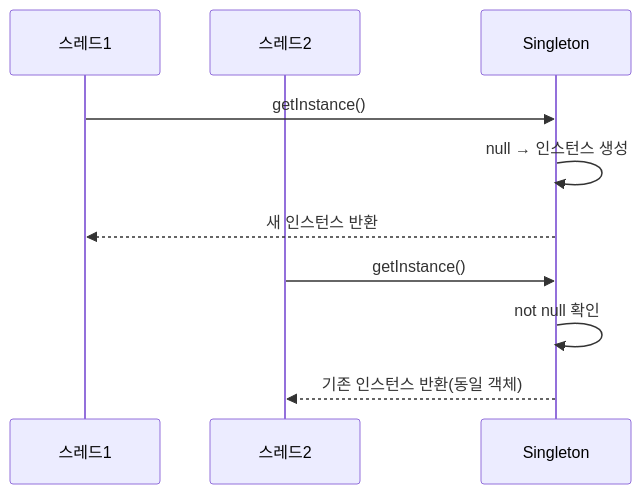
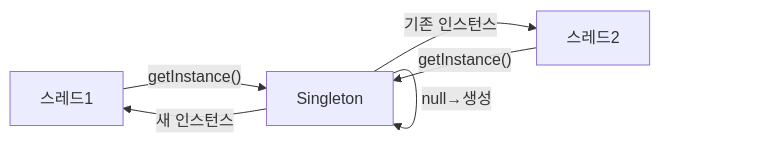
The second of 2 diagrams in _posts/designPattern/2021-11-15-Singleton.md (yjkim2015/yjkim2015.github.io), drawn with Mermaid before and after one commit. The commit also changed 50 other files, not shown here.

First line of the commit message:
stateDiagram 11개 graph LR 변환 + 테이블 빈 셀 17개 수정

````diff
--- a/_posts/designPattern/2021-11-15-Singleton.md
+++ b/_posts/designPattern/2021-11-15-Singleton.md
@@ -242,12 +242,8 @@
 ```mermaid
-sequenceDiagram
-    participant C1 as 스레드1
-    participant C2 as 스레드2
-    participant S as Singleton
-    C1->>S: getInstance()
-    S->>S: null → 인스턴스 생성
-    S-->>C1: 새 인스턴스 반환
-    C2->>S: getInstance()
-    S->>S: not null 확인
-    S-->>C2: 기존 인스턴스 반환(동일 객체)
+graph LR
+    C1["스레드1"] -->|"getInstance()"| S["Singleton"]
+    S -->|"null→생성"| S
+    S -->|"새 인스턴스"| C1
+    C2["스레드2"] -->|"getInstance()"| S
+    S -->|"기존 인스턴스"| C2
 ```
````
